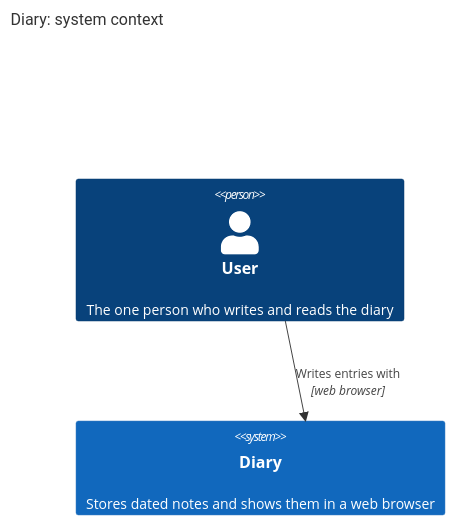
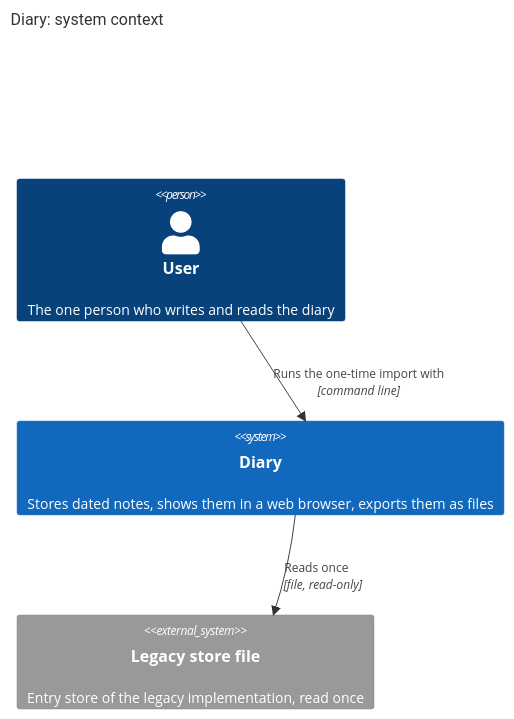
One commit to nafiz1001/diary changed the first of 3 diagrams in specs/03-architecture/c4.md. Above: the diagram before and after it, drawn with Mermaid. The commit also changed other lines of this file and 3 other files, not shown here.

````diff
--- a/specs/03-architecture/c4.md
+++ b/specs/03-architecture/c4.md
@@ -7,7 +5,10 @@
 ```mermaid
 C4Context
     title Diary: system context
     Person(user, "User", "The one person who writes and reads the diary")
-    System(diary, "Diary", "Stores dated notes and shows them in a web browser")
-    Rel(user, diary, "Writes entries with", "web browser")
+    System(diary, "Diary", "Stores dated notes, shows them in a web browser, exports them as files")
+    System_Ext(legacy, "Legacy store file", "Entry store of the legacy implementation, read once")
+    Rel(user, diary, "Writes, reads, updates and exports entries with", "web browser")
+    Rel(user, diary, "Runs the one-time import with", "command line")
+    Rel(diary, legacy, "Reads once", "file, read-only")
 ```
````
